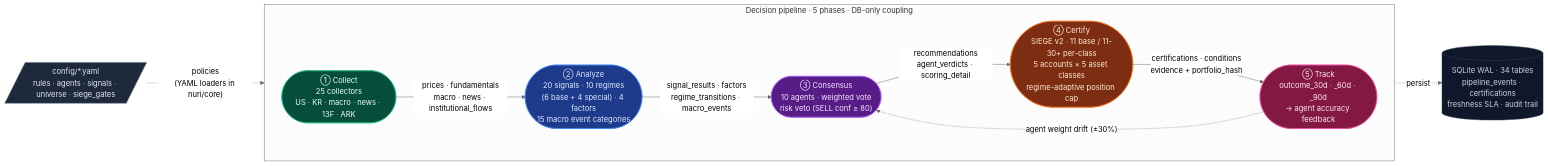
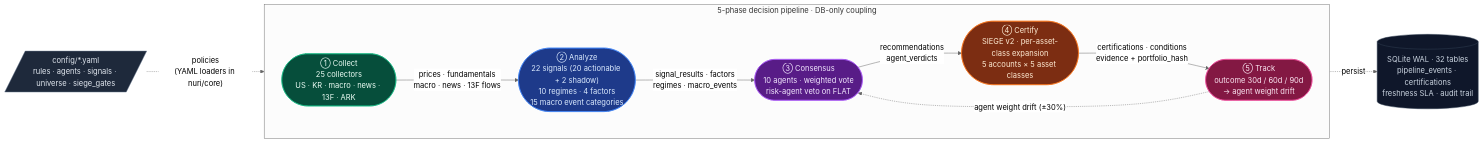
One commit to researcherhojin/nuri-quant changed the diagram in README.md. Above: the diagram before and after it, drawn with Mermaid (neutral theme). The commit also changed other lines of this file, not shown here.

First line of the commit message:
docs(readme): rigorous Architecture refactor — drift fixes + readability (#487)

````diff
--- a/README.md
+++ b/README.md
@@ -19,32 +17,32 @@
 ```mermaid
 flowchart LR
     CFG[/"config/*.yaml<br/>rules · agents · signals · universe · siege_gates"/]:::config
 
-    subgraph Pipeline["Decision pipeline · 5 phases · DB-only coupling"]
+    subgraph Pipeline["5-phase decision pipeline · DB-only coupling"]
         direction LR
         A(["① Collect<br/>25 collectors<br/>US · KR · macro · news · 13F · ARK"]):::collect
-        B(["② Analyze<br/>20 signals · 10 regimes<br/>(6 base + 4 special) · 4 factors<br/>15 macro event categories"]):::analyze
-        C(["③ Consensus<br/>10 agents · weighted vote<br/>risk veto (SELL conf ≥ 80)"]):::consensus
-        D(["④ Certify<br/>SIEGE v2 · 11 base / 11-30+ per-class<br/>5 accounts × 5 asset classes<br/>regime-adaptive position cap"]):::certify
-        E(["⑤ Track<br/>outcome_30d · _60d · _90d<br/>→ agent accuracy feedback"]):::track
+        B(["② Analyze<br/>22 signals (20 actionable + 2 shadow)<br/>10 regimes · 4 factors<br/>15 macro event categories"]):::analyze
+        C(["③ Consensus<br/>10 agents · weighted vote<br/>risk-agent veto on FLAT"]):::consensus
+        D(["④ Certify<br/>SIEGE v2 · per-asset-class expansion<br/>5 accounts × 5 asset classes"]):::certify
+        E(["⑤ Track<br/>outcome 30d / 60d / 90d<br/>→ agent weight drift"]):::track
 
-        A -- "prices · fundamentals<br/>macro · news · institutional_flows" --> B
-        B -- "signal_results · factors<br/>regime_transitions · macro_events" --> C
-        C -- "recommendations<br/>agent_verdicts · scoring_detail" --> D
+        A -- "prices · fundamentals<br/>macro · news · 13F flows" --> B
+        B -- "signal_results · factors<br/>regimes · macro_events" --> C
+        C -- "recommendations<br/>agent_verdicts" --> D
         D -- "certifications · conditions<br/>evidence + portfolio_hash" --> E
         E -. "agent weight drift (±30%)" .-> C
     end
 
-    DB[("SQLite WAL · 34 tables<br/>pipeline_events · certifications<br/>freshness SLA · audit trail")]:::db
+    DB[("SQLite WAL · 32 tables<br/>pipeline_events · certifications<br/>freshness SLA · audit trail")]:::db
 
     CFG -. "policies<br/>(YAML loaders in nuri/core)" .-> Pipeline
     Pipeline -. persist .-> DB
 
     classDef config fill:#1e293b,stroke:#64748b,color:#e2e8f0
     classDef collect fill:#064e3b,stroke:#10b981,color:#ecfdf5
     classDef analyze fill:#1e3a8a,stroke:#3b82f6,color:#dbeafe
     classDef consensus fill:#581c87,stroke:#a855f7,color:#f3e8ff
     classDef certify fill:#7c2d12,stroke:#f97316,color:#ffedd5
     classDef track fill:#831843,stroke:#ec4899,color:#fce7f3
     classDef db fill:#0f172a,stroke:#334155,color:#cbd5e1
 ```
````
